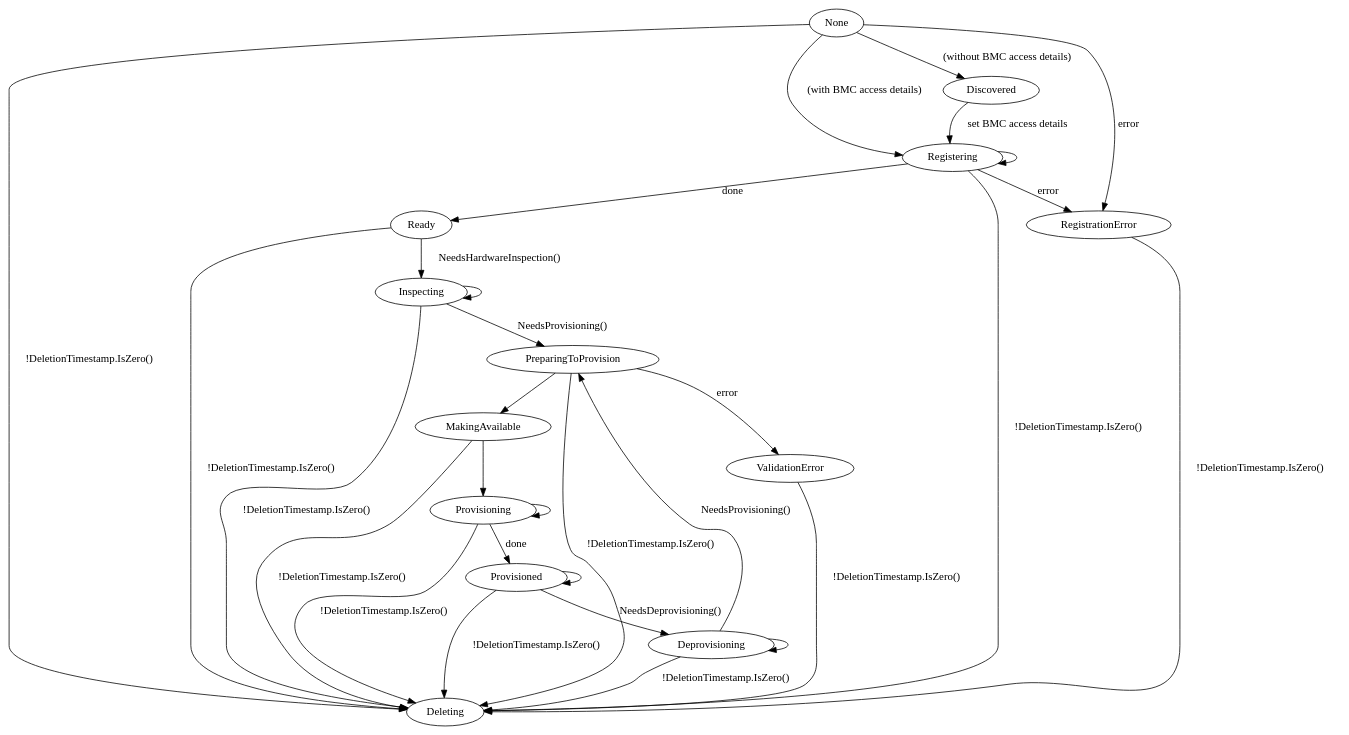
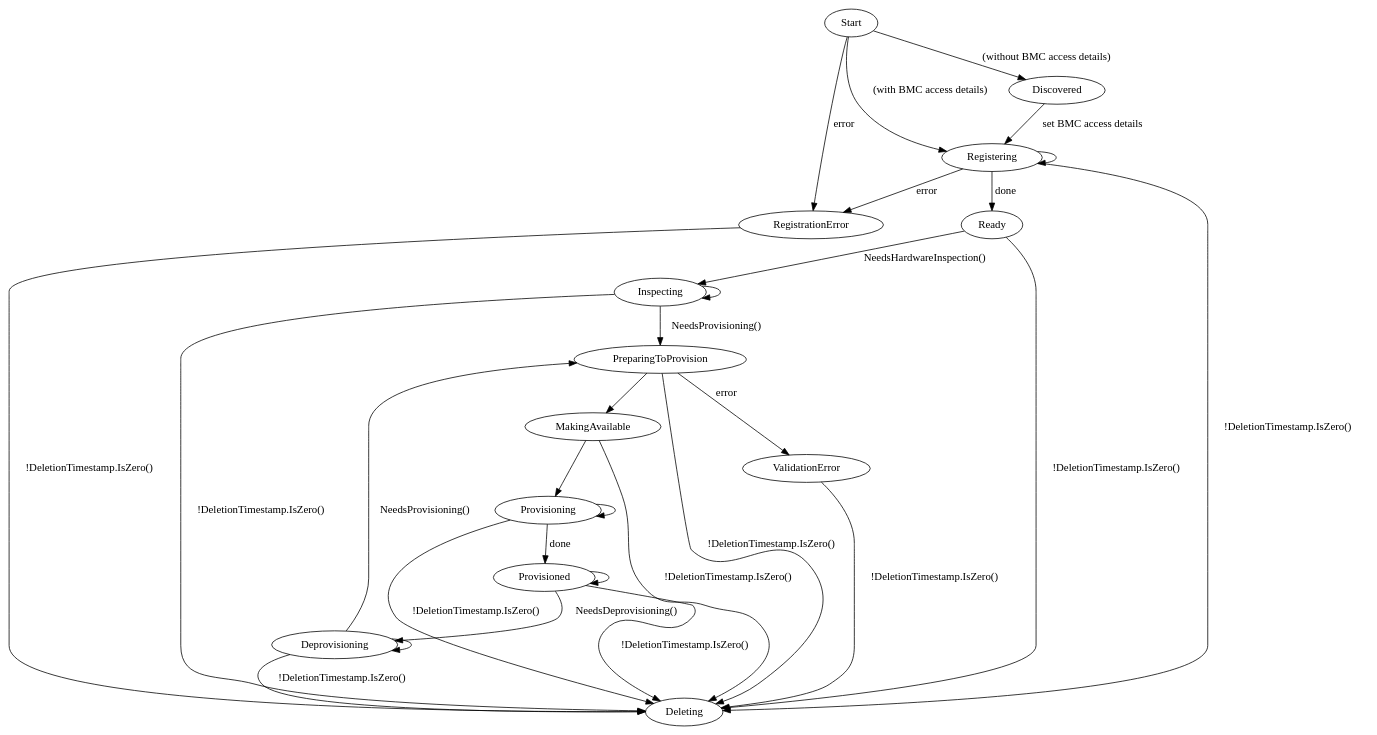
One commit to metal3-io/baremetal-operator changed the diagram in docs/BaremetalHost_ProvisioningState.dot. Above: the diagram before and after it, drawn with Graphviz.

Commit message:
rename "none" to "start"
rename the start state

```diff
--- a/docs/BaremetalHost_ProvisioningState.dot
+++ b/docs/BaremetalHost_ProvisioningState.dot
@@ -1,32 +1,31 @@
 digraph BaremetalHost {
-    None -> Discovered [label="(without BMC access details)"]
+    Start -> Discovered [label="(without BMC access details)"]
     Discovered -> Registering [label="set BMC access details"]
-    None -> Registering [label="(with BMC access details)"]
-    None -> RegistrationError [label=error]
-    None -> Deleting [label="!DeletionTimestamp.IsZero()"]
+    Start -> Registering [label="(with BMC access details)"]
+    Start -> RegistrationError [label=error]
     Registering -> Registering
     Registering -> Ready [label=done]
     Registering -> Deleting [label="!DeletionTimestamp.IsZero()"]
     Registering -> RegistrationError [label=error]
     RegistrationError -> Deleting [label="!DeletionTimestamp.IsZero()"]
     Ready -> Inspecting [label="NeedsHardwareInspection()"]
     Ready -> Deleting [label="!DeletionTimestamp.IsZero()"]
     Inspecting -> Inspecting
     Inspecting -> Deleting [label="!DeletionTimestamp.IsZero()"]
     Inspecting -> PreparingToProvision [label="NeedsProvisioning()"]
     PreparingToProvision -> ValidationError [label=error]
     ValidationError -> Deleting [label="!DeletionTimestamp.IsZero()"]
     PreparingToProvision -> MakingAvailable
     PreparingToProvision -> Deleting [label="!DeletionTimestamp.IsZero()"]
     MakingAvailable -> Provisioning
     MakingAvailable -> Deleting [label="!DeletionTimestamp.IsZero()"]
     Provisioning -> Provisioning
     Provisioning -> Deleting [label="!DeletionTimestamp.IsZero()"]
     Provisioning -> Provisioned [label=done]
     Provisioned -> Provisioned
     Provisioned -> Deprovisioning [label="NeedsDeprovisioning()"]
     Provisioned -> Deleting [label="!DeletionTimestamp.IsZero()"]
     Deprovisioning -> Deprovisioning
     Deprovisioning -> Deleting [label="!DeletionTimestamp.IsZero()"]
     Deprovisioning -> PreparingToProvision [label="NeedsProvisioning()"]
 }
```
